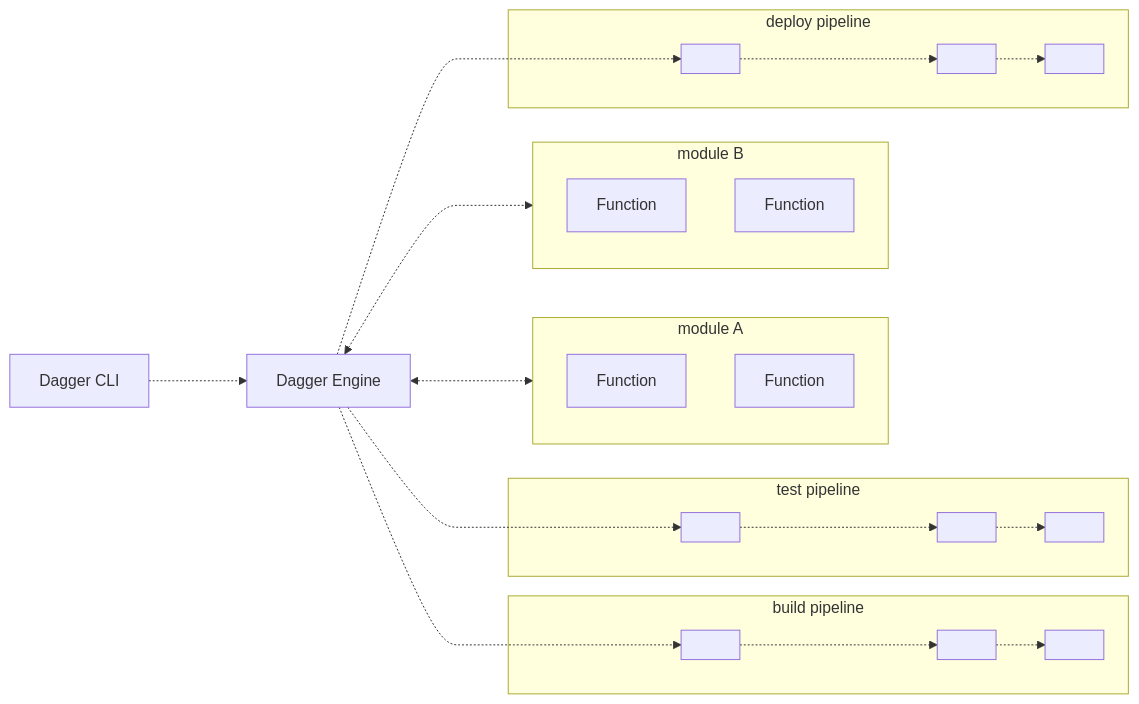
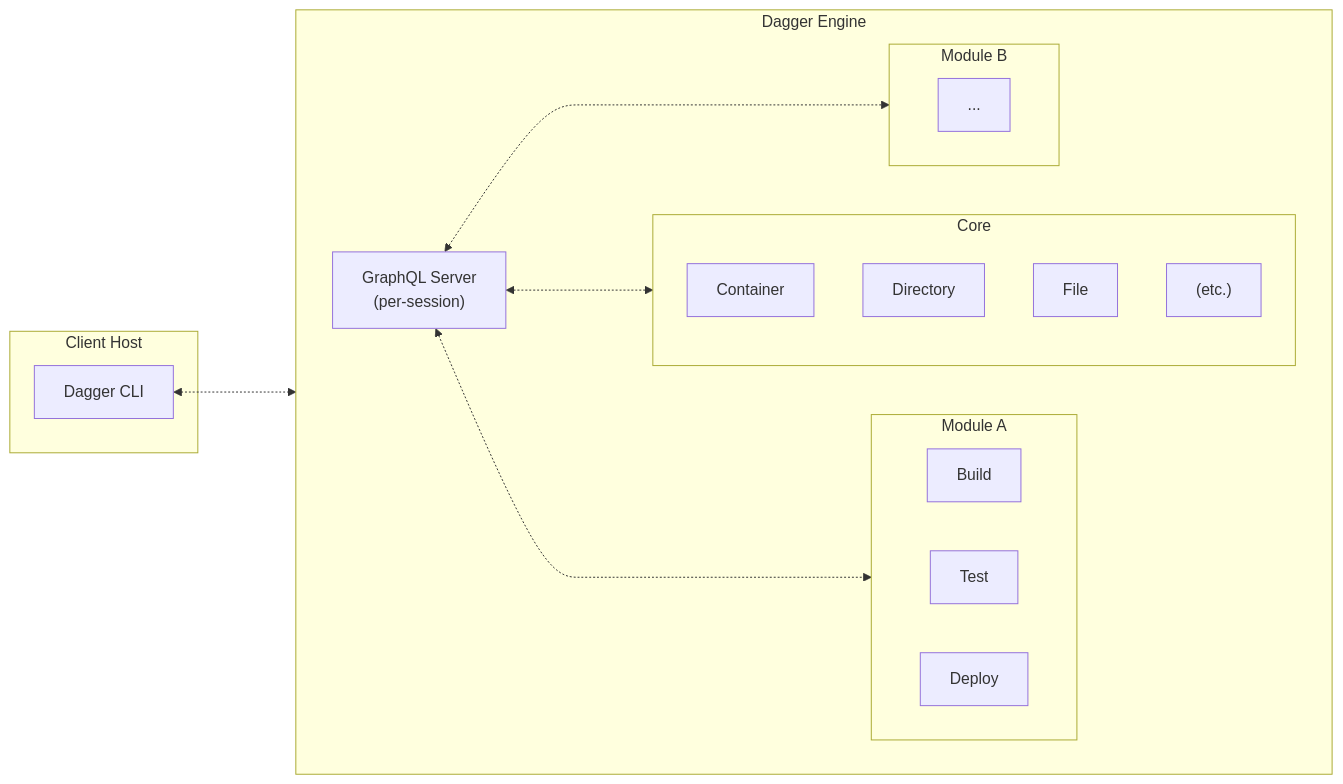
One commit to dagger/dagger changed the diagram in docs/zenith/index.md. Above: the diagram before and after it, drawn with Mermaid. The commit also changed other lines of this file, not shown here.

Commit message:
another iteration on how it works

````diff
--- a/docs/zenith/index.md
+++ b/docs/zenith/index.md
@@ -59,37 +59,39 @@
 ```mermaid
 graph LR;
 
-program["Dagger CLI"]
-
-engine["Dagger Engine"]
-
-subgraph ModA["module A"]
-    FnA1["Function"]
-    FnA2["Function"]
+subgraph host["Client Host"]
+    cli["Dagger CLI"]
 end
 
-subgraph ModB["module B"]
-    FnB1["Function"]
-    FnB2["Function"]
+subgraph runner["Dagger Engine"]
+    direction LR
+    gql["GraphQL Server\n(per-session)"]
+
+    subgraph core["Core"]
+        ctr["Container"]
+        dir["Directory"]
+        file["File"]
+        etc["(etc.)"]
+    end
+
+    subgraph ModA["Module A"]
+        direction LR
+        FnA1["Build"]
+        FnA2["Test"]
+        FnA3["Deploy"]
+    end
+
+    subgraph ModB["Module B"]
+        direction LR
+        FnsB["..."]
+    end
 end
 
-subgraph A["build pipeline"]
-  A1[" "] -.-> A2[" "] -.-> A3[" "]
-end
+gql <-..-> core
 
-subgraph B["test pipeline"]
-  B1[" "] -.-> B2[" "] -.-> B3[" "]
-end
+gql  <-..-> ModA
 
-subgraph C["deploy pipeline"]
-  C1[" "] -.-> C2[" "] -.-> C3[" "]
-end
+gql  <-..-> ModB
 
-
-engine  <-..-> ModB
-
-engine  <-..-> ModA
-
-program -..-> engine
-engine -..-> A1 & B1 & C1
+cli <-..-> gql
 ```
````
